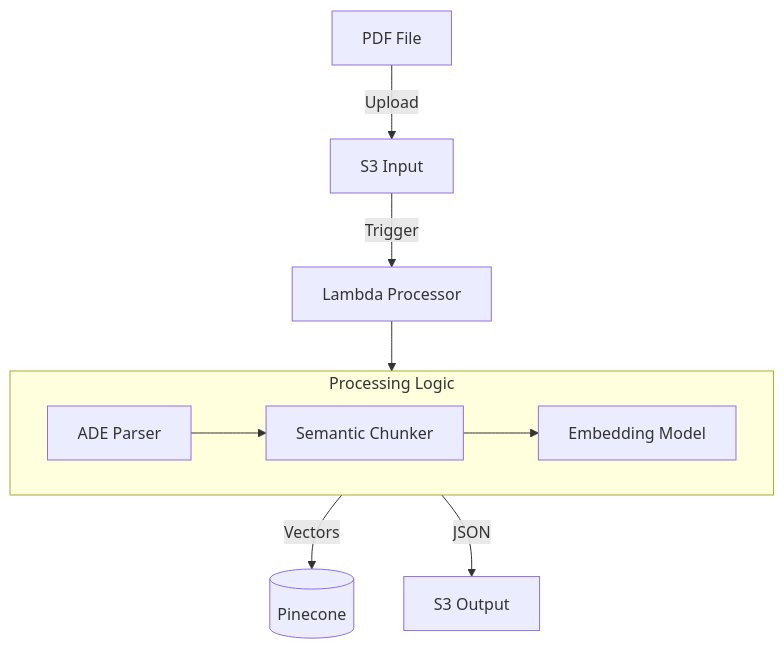
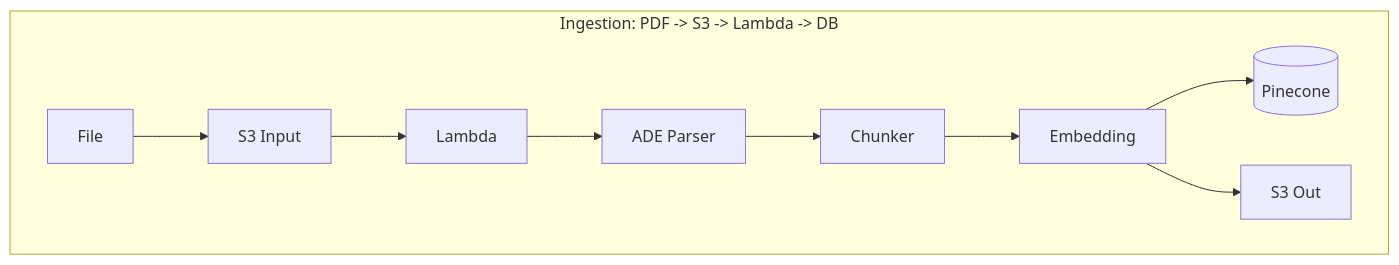
One commit to Khadka-Bishal/DeepRecall changed the third of 4 diagrams in README.md. Above: the diagram before and after it, drawn with Mermaid. The commit also changed other lines of this file and 3 other files, not shown here.

Commit message:
docs: ultra-compact diagrams and fix render config crash

````diff
--- a/README.md
+++ b/README.md
@@ -69,13 +69,10 @@
 ```mermaid
 graph TD
-    PDF[PDF File] -->|Upload| S3[S3 Input] -->|Trigger| L[Lambda Processor]
-    
-    subgraph "Processing Logic"
+    subgraph Ingest ["Ingestion: PDF -> S3 -> Lambda -> DB"]
         direction LR
-        P[ADE Parser] --> C[Semantic Chunker] --> E[Embedding Model]
+        PDF[File] --> S3[S3 Input] --> L[Lambda]
+        L --> P[ADE Parser] --> C[Chunker] --> E[Embedding]
+        E --> DB[(Pinecone)]
+        E --> Out[S3 Out]
     end
-    
-    L --> P
-    E -->|Vectors| DB[(Pinecone)]
-    E -->|JSON| Out[S3 Output]
 ```
````
